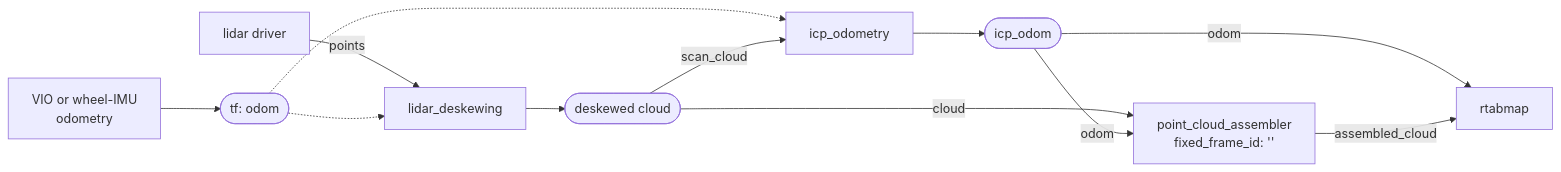
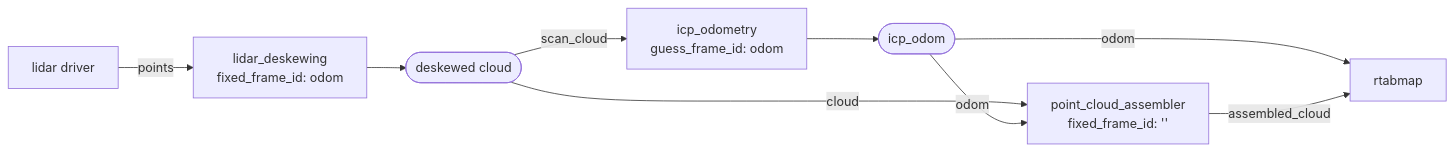
One commit to introlab/rtabmap_ros changed the first of 2 diagrams in rtabmap_util/doc/point_cloud_assembler.md. Above: the diagram before and after it, drawn with Mermaid. The commit also changed other lines of this file and 1 other file, not shown here.

Commit message:
cleanup some diagrams

````diff
--- a/rtabmap_util/doc/point_cloud_assembler.md
+++ b/rtabmap_util/doc/point_cloud_assembler.md
@@ -49,22 +49,17 @@
 ```mermaid
 flowchart LR
     LIDAR["lidar driver"]
-    VIO["VIO or wheel-IMU<br>odometry"]
-    DESKEW["lidar_deskewing"]
-    ICP["icp_odometry"]
+    DESKEW["lidar_deskewing<br>fixed_frame_id: odom"]
+    ICP["icp_odometry<br>guess_frame_id: odom"]
     ASM["point_cloud_assembler<br>fixed_frame_id: ''"]
     MAP["rtabmap"]
-    GUESS(["tf: odom"])
     DESKEWED(["deskewed cloud"])
     ICPODOM(["icp_odom"])
     LIDAR -->|points| DESKEW
-    VIO --> GUESS
-    GUESS -.-> DESKEW
-    GUESS -.-> ICP
     DESKEW --> DESKEWED
     DESKEWED -->|scan_cloud| ICP
     DESKEWED -->|cloud| ASM
     ICP --> ICPODOM
     ICPODOM -->|odom| ASM & MAP
     ASM -->|assembled_cloud| MAP
 ```
````
